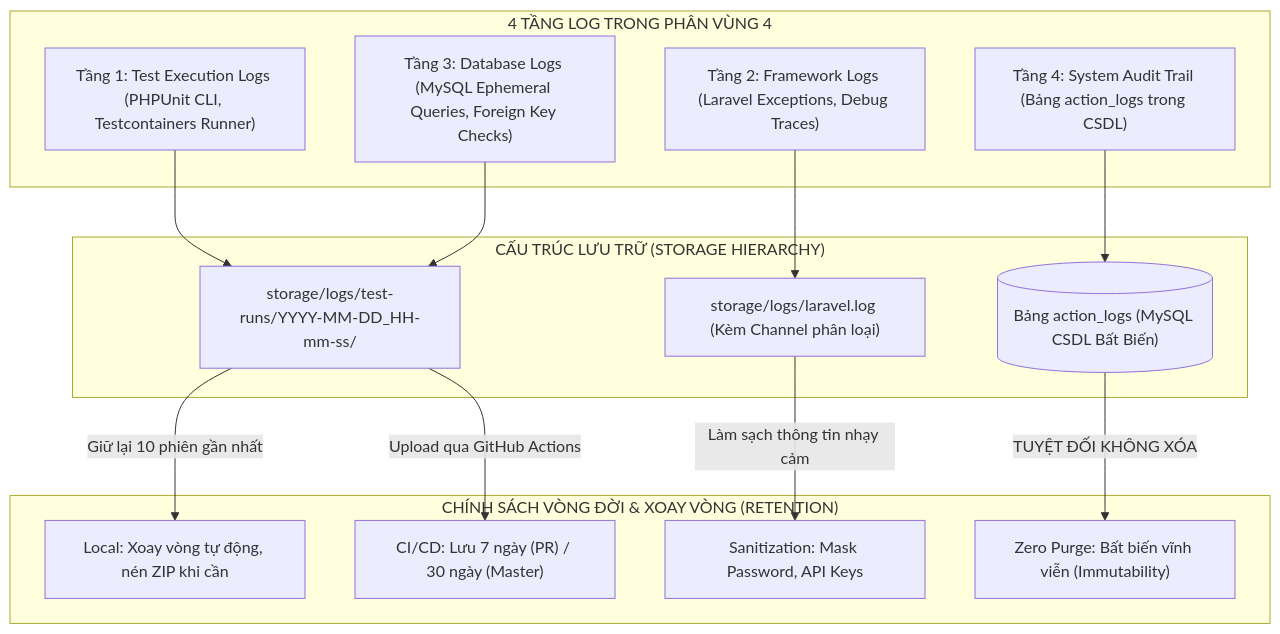
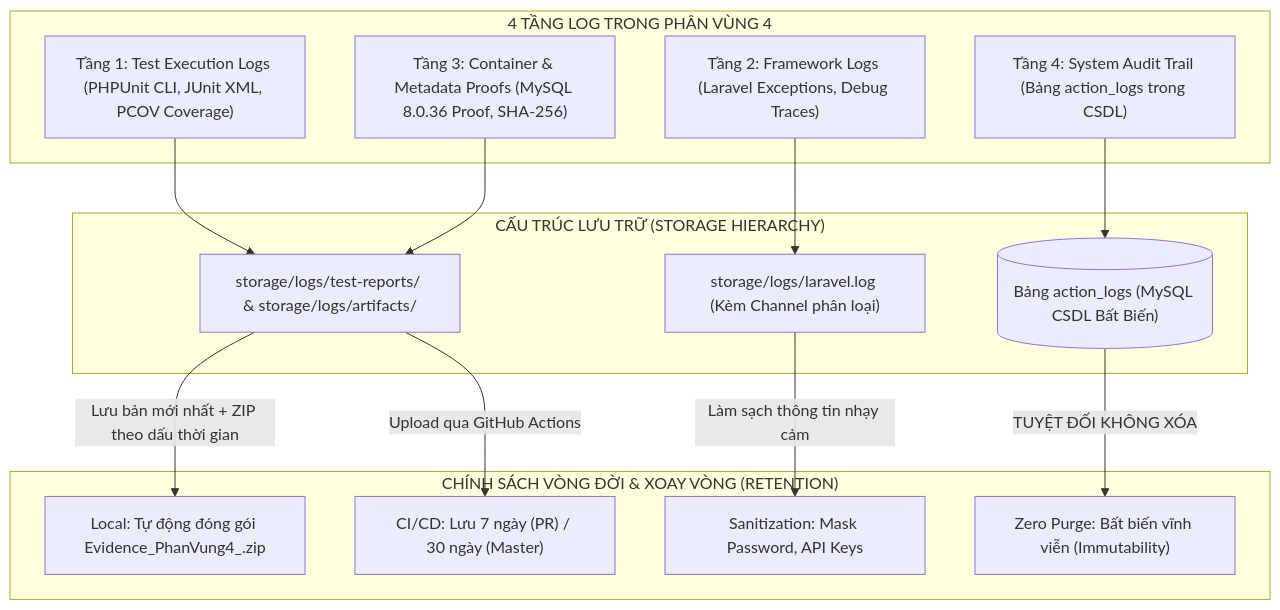
Before and after one commit to Bee-Max-Ne/Snipe-IT: the second of 9 diagrams in KE_HOACH_TRIEN_KHAI_PHAN_VUNG_4.md, drawn with Mermaid. The commit also changed other lines of this file, not shown here.

Commit message:
docs(plan): dong bo KE_HOACH_TRIEN_KHAI_PHAN_VUNG_4 voi so lieu 564 tests, PCOV 82.60%, script .ps1 va tag v1.1

````diff
--- a/KE_HOACH_TRIEN_KHAI_PHAN_VUNG_4.md
+++ b/KE_HOACH_TRIEN_KHAI_PHAN_VUNG_4.md
@@ -155,23 +155,23 @@
 ```mermaid
 flowchart TD
     subgraph LogSources["4 TẦNG LOG TRONG PHÂN VÙNG 4"]
-        L1["Tầng 1: Test Execution Logs (PHPUnit CLI, Testcontainers Runner)"]
+        L1["Tầng 1: Test Execution Logs (PHPUnit CLI, JUnit XML, PCOV Coverage)"]
         L2["Tầng 2: Framework Logs (Laravel Exceptions, Debug Traces)"]
-        L3["Tầng 3: Database Logs (MySQL Ephemeral Queries, Foreign Key Checks)"]
+        L3["Tầng 3: Container & Metadata Proofs (MySQL 8.0.36 Proof, SHA-256)"]
         L4["Tầng 4: System Audit Trail (Bảng action_logs trong CSDL)"]
     end
 
     subgraph StorageStructure["CẤU TRÚC LƯU TRỮ (STORAGE HIERARCHY)"]
-        L1 --> D1["storage/logs/test-runs/YYYY-MM-DD_HH-mm-ss/"]
+        L1 --> D1["storage/logs/test-reports/ & storage/logs/artifacts/"]
         L2 --> D2["storage/logs/laravel.log (Kèm Channel phân loại)"]
         L3 --> D1
         L4 --> D3[("Bảng action_logs (MySQL CSDL Bất Biến)")]
     end
 
     subgraph RetentionPolicy["CHÍNH SÁCH VÒNG ĐỜI & XOAY VÒNG (RETENTION)"]
-        D1 -- "Giữ lại 10 phiên gần nhất" --> R1["Local: Xoay vòng tự động, nén ZIP khi cần"]
+        D1 -- "Lưu bản mới nhất + ZIP theo dấu thời gian" --> R1["Local: Tự động đóng gói Evidence_PhanVung4_<timestamp>.zip"]
         D1 -- "Upload qua GitHub Actions" --> R2["CI/CD: Lưu 7 ngày (PR) / 30 ngày (Master)"]
         D2 -- "Làm sạch thông tin nhạy cảm" --> R3["Sanitization: Mask Password, API Keys"]
         D3 -- "TUYỆT ĐỐI KHÔNG XÓA" --> R4["Zero Purge: Bất biến vĩnh viễn (Immutability)"]
     end
 ```
````
